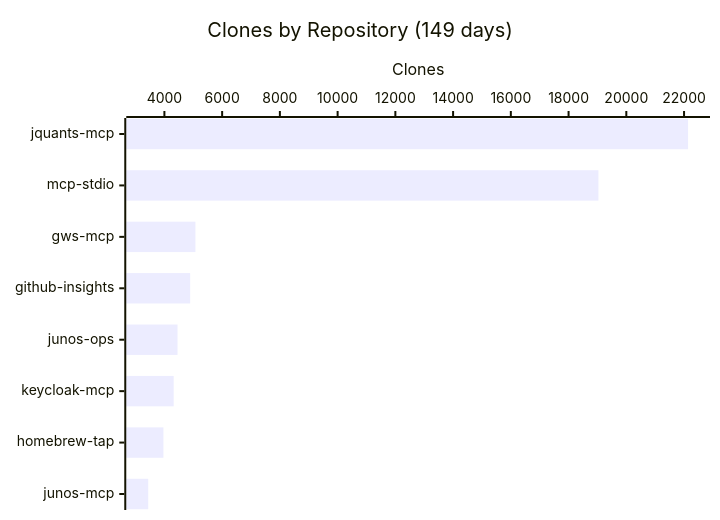
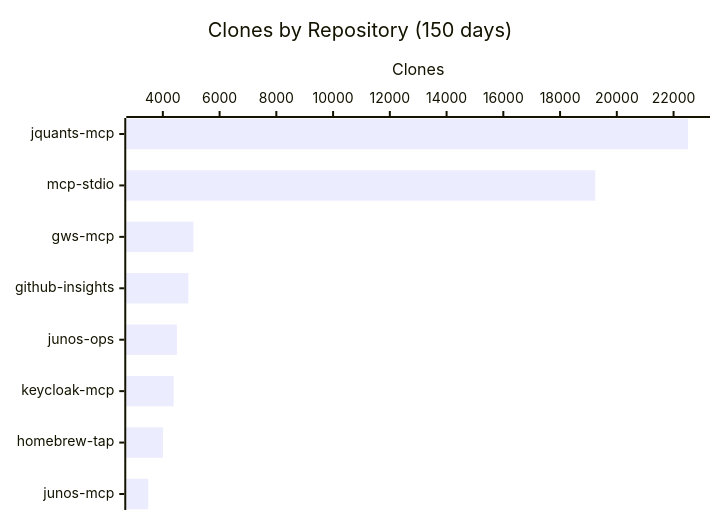
The fourth of 4 diagrams in README.md (shigechika/github-insights), drawn with Mermaid before and after one commit. The commit also changed other lines of this file and 2 other files, not shown here.

````diff
--- a/README.md
+++ b/README.md
@@ -58,7 +58,7 @@
 ```mermaid
 xychart-beta horizontal
-    title "Clones by Repository (149 days)"
+    title "Clones by Repository (150 days)"
     x-axis ["jquants-mcp", "mcp-stdio", "gws-mcp", "github-insights", "junos-ops", "keycloak-mcp", "homebrew-tap", "junos-mcp"]
     y-axis "Clones"
-    bar [22139, 19034, 5074, 4892, 4455, 4321, 3966, 3439]
+    bar [22511, 19241, 5080, 4900, 4496, 4383, 4008, 3484]
 ```
````
